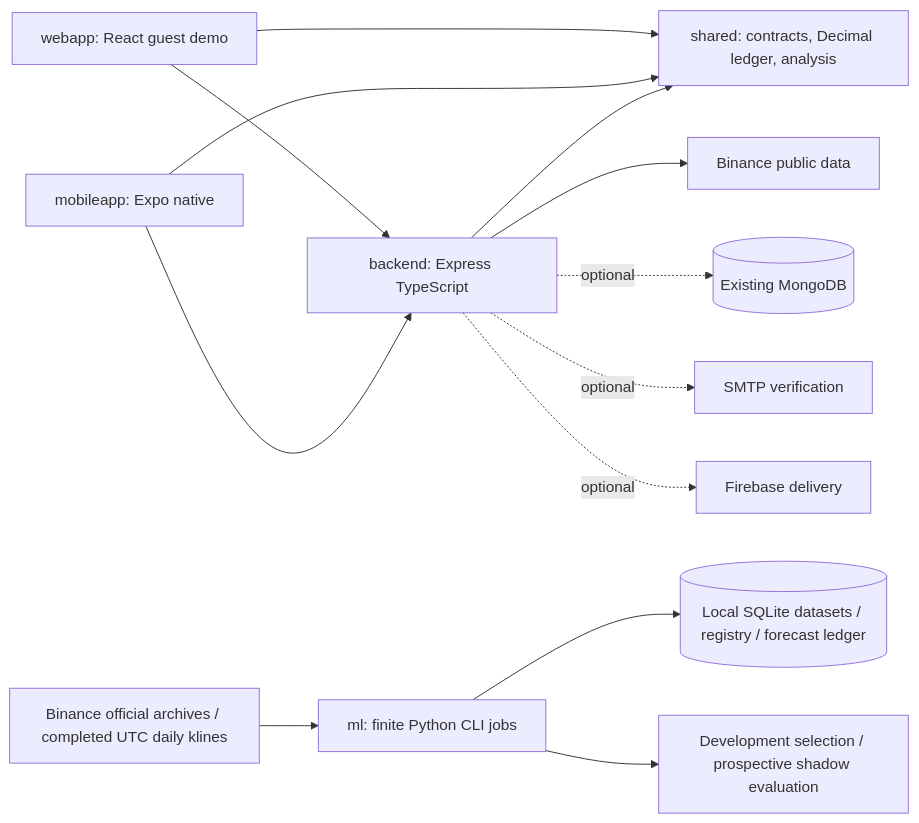
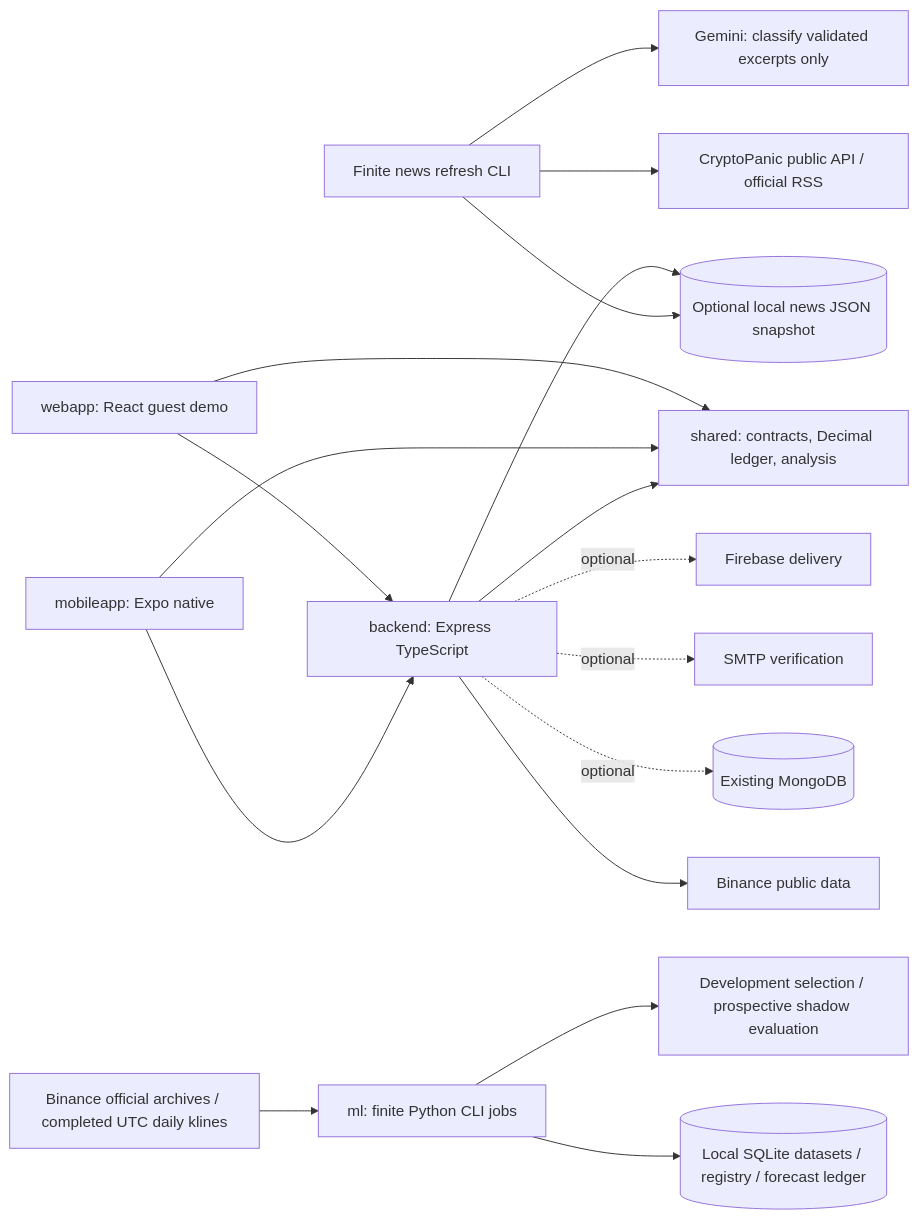
The diagram in docs/ARCHITECTURE.md (GorkemErtas/Investing-Hub), drawn with Mermaid before and after one commit. The commit also changed other lines of this file and 8 other files, not shown here.

````diff
--- a/docs/ARCHITECTURE.md
+++ b/docs/ARCHITECTURE.md
@@ -5,15 +5,19 @@
 ```mermaid
 flowchart LR
   Web[webapp: React guest demo] --> API[backend: Express TypeScript]
   Mobile[mobileapp: Expo native] --> API
   Web --> Shared[shared: contracts, Decimal ledger, analysis]
   Mobile --> Shared
   API --> Shared
   API --> Market[Binance public data]
+  API --> NewsCache[(Optional local news JSON snapshot)]
+  NewsCLI[Finite news refresh CLI] --> Sources[CryptoPanic public API / official RSS]
+  NewsCLI --> Gemini[Gemini: classify validated excerpts only]
+  NewsCLI --> NewsCache
   API -. optional .-> Mongo[(Existing MongoDB)]
   API -. optional .-> Mail[SMTP verification]
   API -. optional .-> FCM[Firebase delivery]
   Binance[Binance official archives / completed UTC daily klines] --> CLI[ml: finite Python CLI jobs]
   CLI --> Local[(Local SQLite datasets / registry / forecast ledger)]
   CLI --> Reports[Development selection / prospective shadow evaluation]
 ```
````
